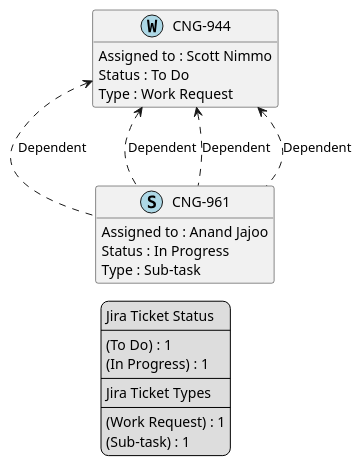
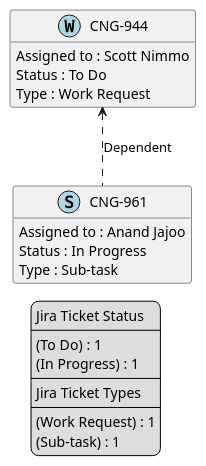
One commit to brunasti/jiraplotter changed the diagram in temp/jira-Scott Nimmo.puml. Above: the diagram before and after it, drawn with PlantUML. The commit also changed 53 other files, not shown here.

```diff
--- a/temp/jira-Scott Nimmo.puml
+++ b/temp/jira-Scott Nimmo.puml
@@ -1,44 +1,41 @@
 @startuml
 'https://plantuml.com/class-diagram
 
 ' GENERATE CLASS DIAGRAM ===========
-' Generated at    : Mon Apr 15 15:18:49 CEST 2024
+' Generated at    : Mon Apr 15 15:33:04 CEST 2024
 
 hide empty members
 
 legend
 Jira Ticket Status
 ----
 (To Do) : 1
 (In Progress) : 1
 ----
 Jira Ticket Types
 ----
 (Work Request) : 1
 (Sub-task) : 1
 end legend
 
 
 ' Tickets =======
 class "CNG-944" << (W,lightblue) >> {
   Assigned to : Scott Nimmo
   Status : To Do
   Type : Work Request
 }
 
 class "CNG-961" << (S,lightblue) >> {
   Assigned to : Anand Jajoo
   Status : In Progress
   Type : Sub-task
 }
 
 
 
 ' Links =======
 "CNG-944" <.. "CNG-961" : Dependent
-"CNG-944" <.. "CNG-961" : Dependent
-"CNG-944" <.. "CNG-961" : Dependent
-"CNG-944" <.. "CNG-961" : Dependent
 
 
 @enduml
```
